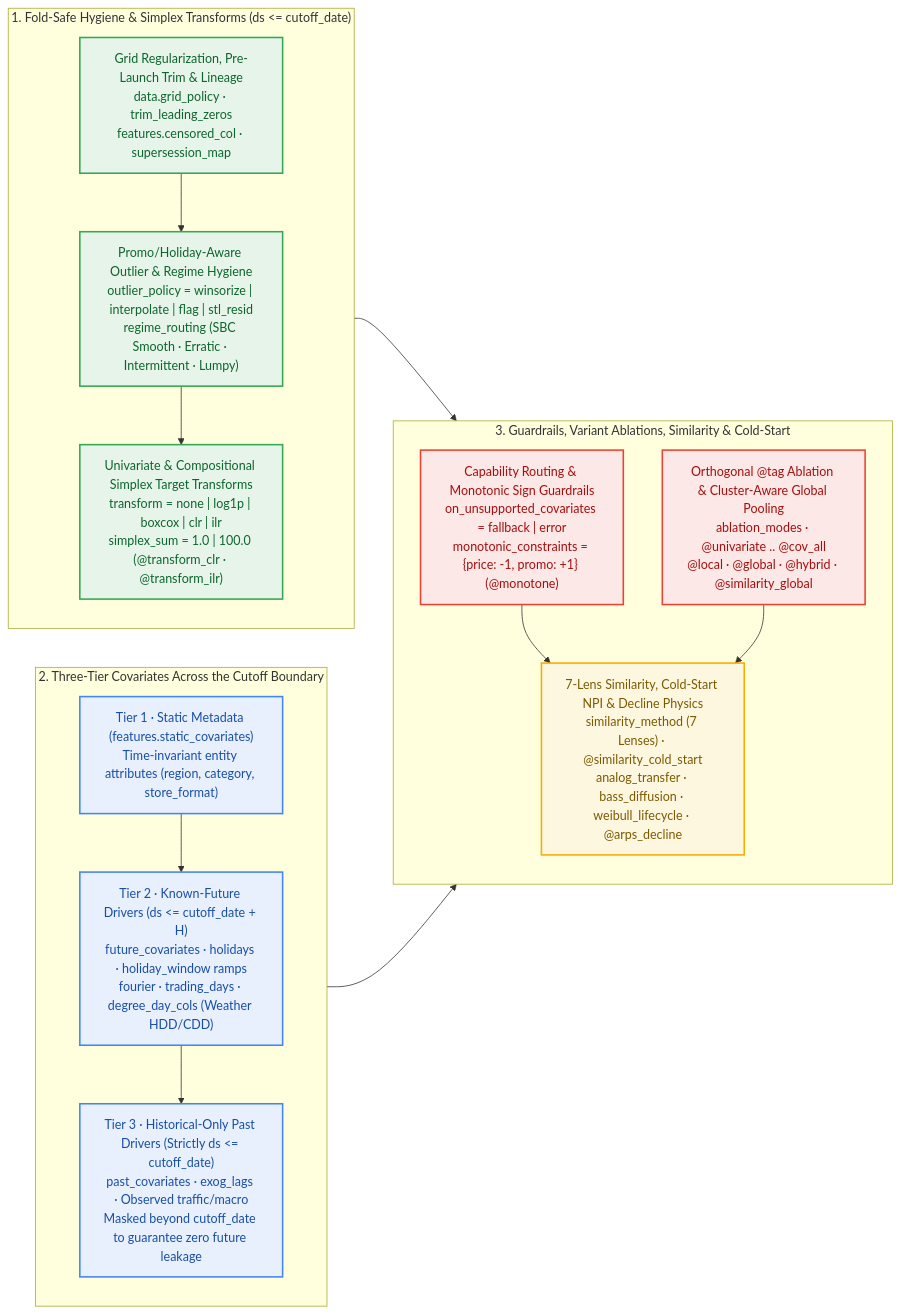
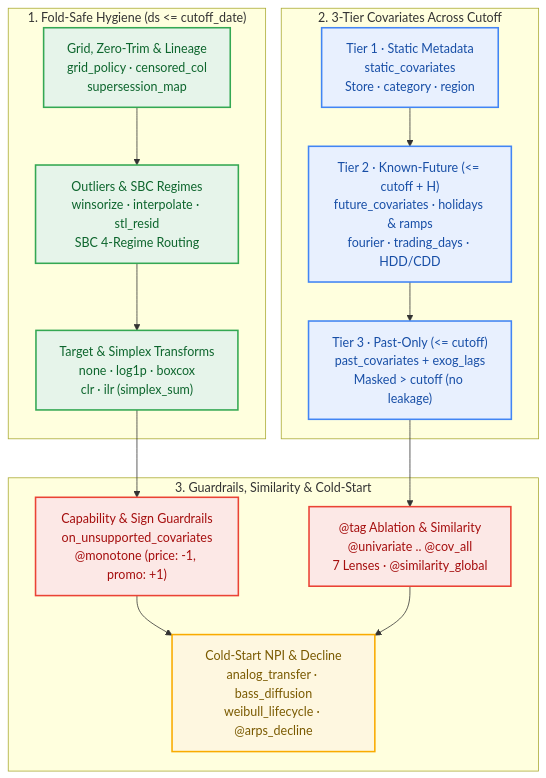
Before and after one commit to statmike/scale-forecasting: the diagram in docs/features_and_covariates.md, drawn with Mermaid. The commit also changed 14 other files, not shown here.

Commit message:
docs(mermaid): reconfigure wide diagrams to vertical TD layout with concise labels

````diff
--- a/docs/features_and_covariates.md
+++ b/docs/features_and_covariates.md
@@ -5,37 +5,35 @@
 ```mermaid
-flowchart LR
-    subgraph S1["1. Fold-Safe Hygiene & Simplex Transforms (ds <= cutoff_date)"]
-        direction TB
-        T1["Grid Regularization, Pre-Launch Trim & Lineage<br/>data.grid_policy · trim_leading_zeros<br/>features.censored_col · supersession_map"]
-        T2["Promo/Holiday-Aware Outlier & Regime Hygiene<br/>outlier_policy = winsorize | interpolate | flag | stl_resid<br/>regime_routing (SBC Smooth · Erratic · Intermittent · Lumpy)"]
-        T3["Univariate & Compositional Simplex Target Transforms<br/>transform = none | log1p | boxcox | clr | ilr<br/>simplex_sum = 1.0 | 100.0 (@transform_clr · @transform_ilr)"]
+flowchart TD
+    subgraph S1["1. Fold-Safe Hygiene (ds <= cutoff_date)"]
+        T1["Grid, Zero-Trim & Lineage<br/>grid_policy · censored_col<br/>supersession_map"]
+        T2["Outliers & SBC Regimes<br/>winsorize · interpolate · stl_resid<br/>SBC 4-Regime Routing"]
+        T3["Target & Simplex Transforms<br/>none · log1p · boxcox<br/>clr · ilr (simplex_sum)"]
         T1 --> T2 --> T3
     end
 
-    subgraph S2["2. Three-Tier Covariates Across the Cutoff Boundary"]
-        direction TB
-        C1["Tier 1 · Static Metadata (features.static_covariates)<br/>Time-invariant entity attributes (region, category, store_format)"]
-        C2["Tier 2 · Known-Future Drivers (ds <= cutoff_date + H)<br/>future_covariates · holidays · holiday_window ramps<br/>fourier · trading_days · degree_day_cols (Weather HDD/CDD)"]
-        C3["Tier 3 · Historical-Only Past Drivers (Strictly ds <= cutoff_date)<br/>past_covariates · exog_lags · Observed traffic/macro<br/>Masked beyond cutoff_date to guarantee zero future leakage"]
+    subgraph S2["2. 3-Tier Covariates Across Cutoff"]
+        C1["Tier 1 · Static Metadata<br/>static_covariates<br/>Store · category · region"]
+        C2["Tier 2 · Known-Future (<= cutoff + H)<br/>future_covariates · holidays & ramps<br/>fourier · trading_days · HDD/CDD"]
+        C3["Tier 3 · Past-Only (<= cutoff)<br/>past_covariates + exog_lags<br/>Masked > cutoff (no leakage)"]
         C1 --> C2 --> C3
     end
 
-    subgraph S3["3. Guardrails, Variant Ablations, Similarity & Cold-Start"]
-        direction TB
-        V1["Capability Routing & Monotonic Sign Guardrails<br/>on_unsupported_covariates = fallback | error<br/>monotonic_constraints = {price: -1, promo: +1} (@monotone)"]
-        V2["Orthogonal @tag Ablation & Cluster-Aware Global Pooling<br/>ablation_modes · @univariate .. @cov_all<br/>@local · @global · @hybrid · @similarity_global"]
-        V3["7-Lens Similarity, Cold-Start NPI & Decline Physics<br/>similarity_method (7 Lenses) · @similarity_cold_start<br/>analog_transfer · bass_diffusion · weibull_lifecycle · @arps_decline"]
+    subgraph S3["3. Guardrails, Similarity & Cold-Start"]
+        V1["Capability & Sign Guardrails<br/>on_unsupported_covariates<br/>@monotone (price: -1, promo: +1)"]
+        V2["@tag Ablation & Similarity<br/>@univariate .. @cov_all<br/>7 Lenses · @similarity_global"]
+        V3["Cold-Start NPI & Decline<br/>analog_transfer · bass_diffusion<br/>weibull_lifecycle · @arps_decline"]
         V1 & V2 --> V3
     end
 
-    S1 & S2 --> S3
+    T3 --> V1
+    C3 --> V2
 
     classDef data fill:#E8F0FE,stroke:#4285F4,stroke-width:2px,color:#174EA6
     classDef config fill:#FEF7E0,stroke:#F9AB00,stroke-width:2px,color:#7A5A00
     classDef route fill:#FCE8E6,stroke:#EA4335,stroke-width:2px,color:#A50E0E
     classDef compute fill:#E6F4EA,stroke:#34A853,stroke-width:2px,color:#0D652D
     class C1,C2,C3 data
     class V1,V2 route
     class T1,T2,T3 compute
     class V3 config
 ```
````
